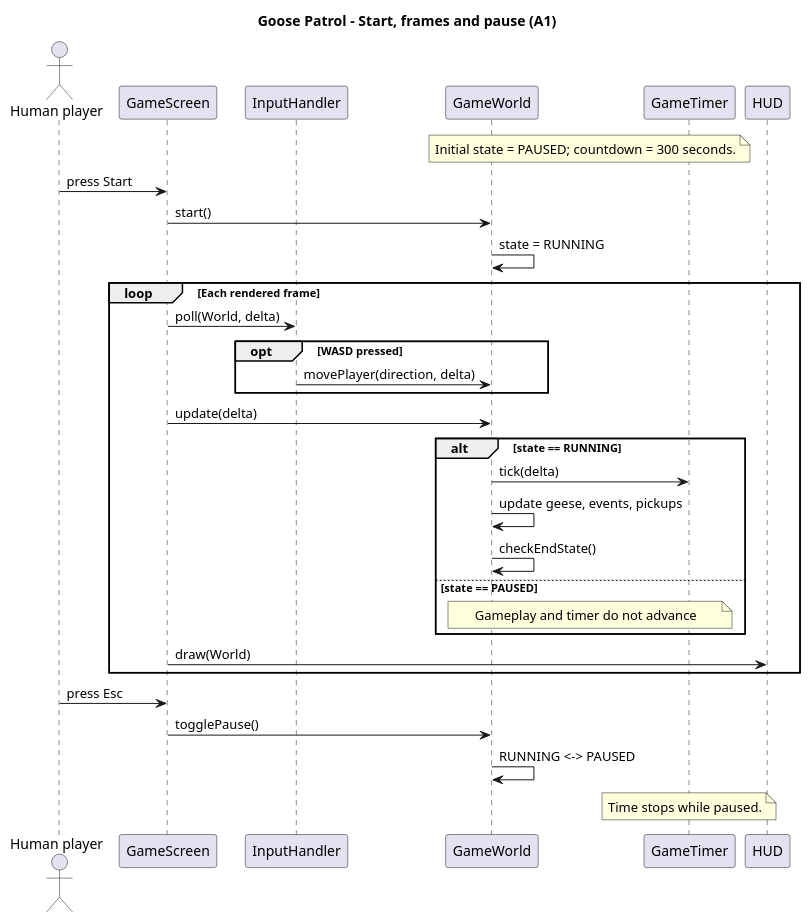
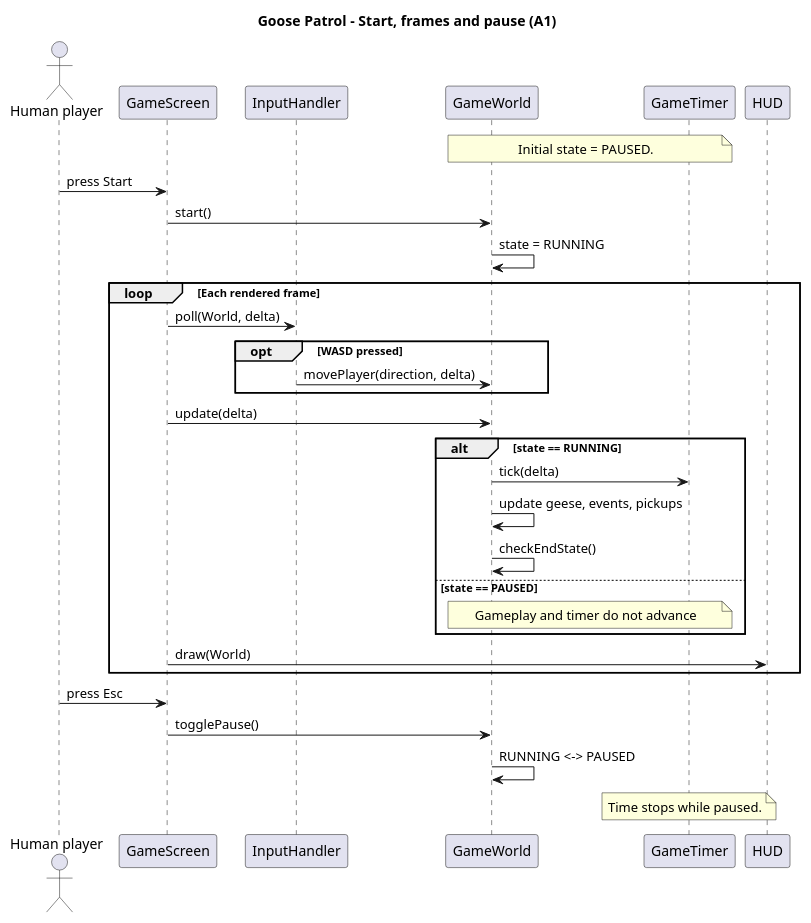
Before and after one commit to mnd514-cloud/GameChangersGooseGame: the diagram in Architecture/05-sequence-start-pause.puml, drawn with PlantUML. The commit also changed 1 other file, not shown here.

Commit message:
Minor UML changes

```diff
--- a/Architecture/05-sequence-start-pause.puml
+++ b/Architecture/05-sequence-start-pause.puml
@@ -1,37 +1,37 @@
 @startuml 05-sequence-start-pause
 title Goose Patrol - Start, frames and pause (A1)
 actor "Human player" as User
 participant GameScreen as Screen
 participant InputHandler as Input
 participant GameWorld as World
 participant GameTimer as Timer
 participant HUD
 
 note over World,Timer
-  Initial state = PAUSED; countdown = 300 seconds.
+  Initial state = PAUSED.
 end note
 User -> Screen : press Start
 Screen -> World : start()
 World -> World : state = RUNNING
 
 loop Each rendered frame
   Screen -> Input : poll(World, delta)
   opt WASD pressed
     Input -> World : movePlayer(direction, delta)
   end
   Screen -> World : update(delta)
   alt state == RUNNING
     World -> Timer : tick(delta)
     World -> World : update geese, events, pickups
     World -> World : checkEndState()
   else state == PAUSED
     note over World,Timer : Gameplay and timer do not advance
   end
   Screen -> HUD : draw(World)
 end
 
 User -> Screen : press Esc
 Screen -> World : togglePause()
 World -> World : RUNNING <-> PAUSED
 note over Timer : Time stops while paused.
 @enduml
```
